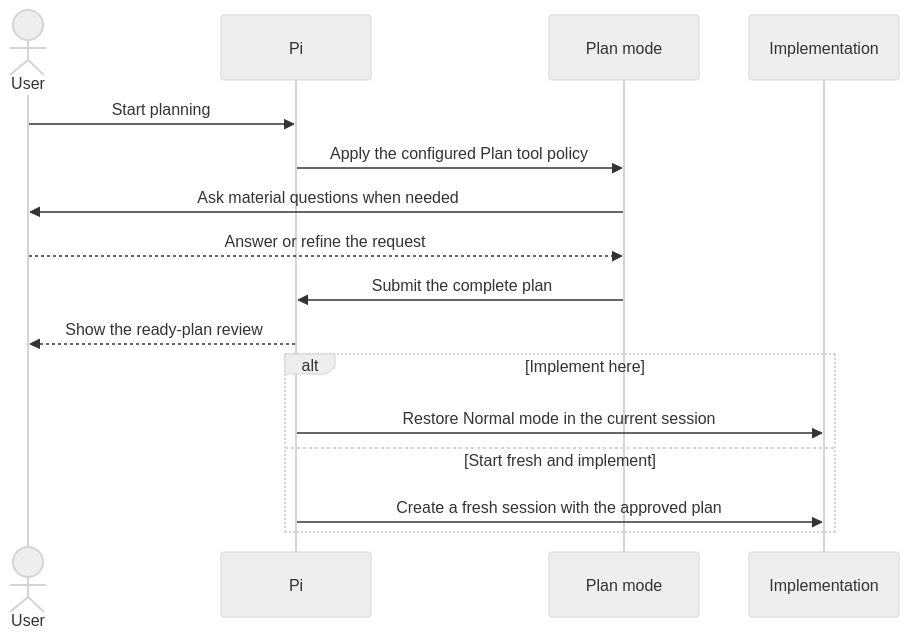
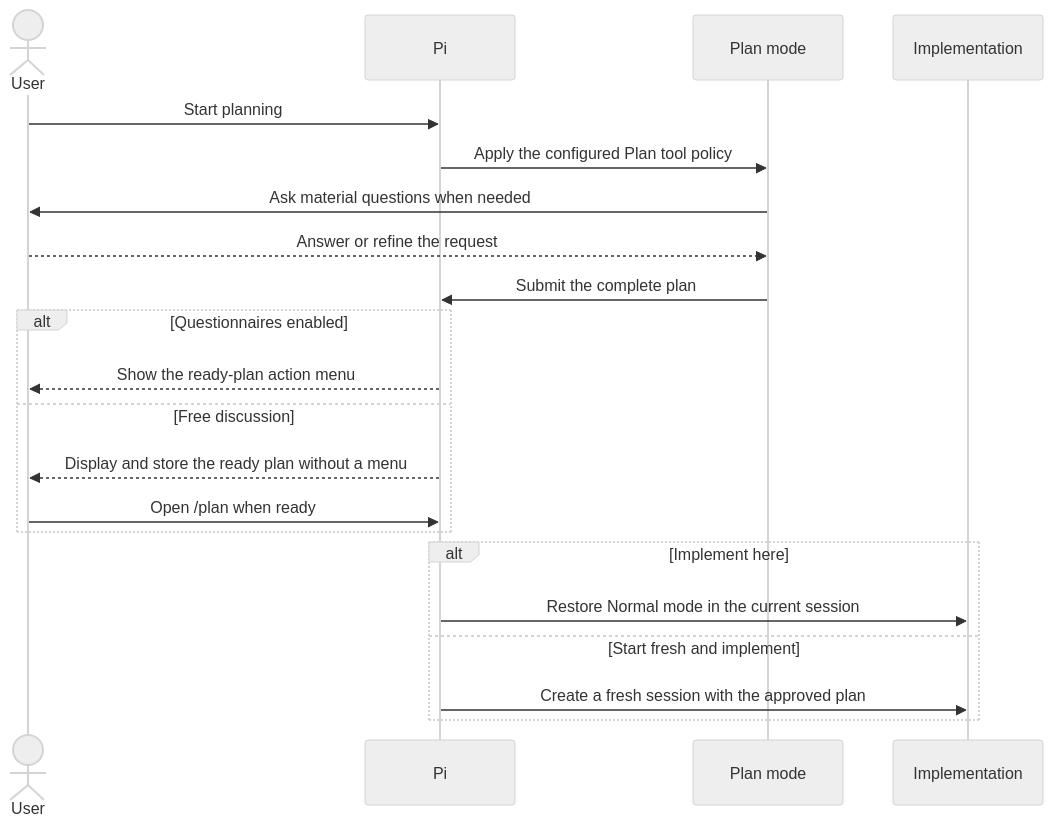
One commit to narumiruna/pi-extensions changed the second of 2 diagrams in packages/pi-plan-mode/README.md. Above: the diagram before and after it, drawn with Mermaid (neutral theme). The commit also changed other lines of this file and 29 other files, not shown here.

Commit message:
feat(plan-mode): add switchable free discussion

````diff
--- a/packages/pi-plan-mode/README.md
+++ b/packages/pi-plan-mode/README.md
@@ -68,19 +69,24 @@
 ```mermaid
 sequenceDiagram
     actor User
     participant Pi
     participant Plan as Plan mode
     participant Work as Implementation
 
     User->>Pi: Start planning
     Pi->>Plan: Apply the configured Plan tool policy
     Plan->>User: Ask material questions when needed
     User-->>Plan: Answer or refine the request
     Plan->>Pi: Submit the complete plan
-    Pi-->>User: Show the ready-plan review
+    alt Questionnaires enabled
+        Pi-->>User: Show the ready-plan action menu
+    else Free discussion
+        Pi-->>User: Display and store the ready plan without a menu
+        User->>Pi: Open /plan when ready
+    end
     alt Implement here
         Pi->>Work: Restore Normal mode in the current session
     else Start fresh and implement
         Pi->>Work: Create a fresh session with the approved plan
     end
 ```
````
